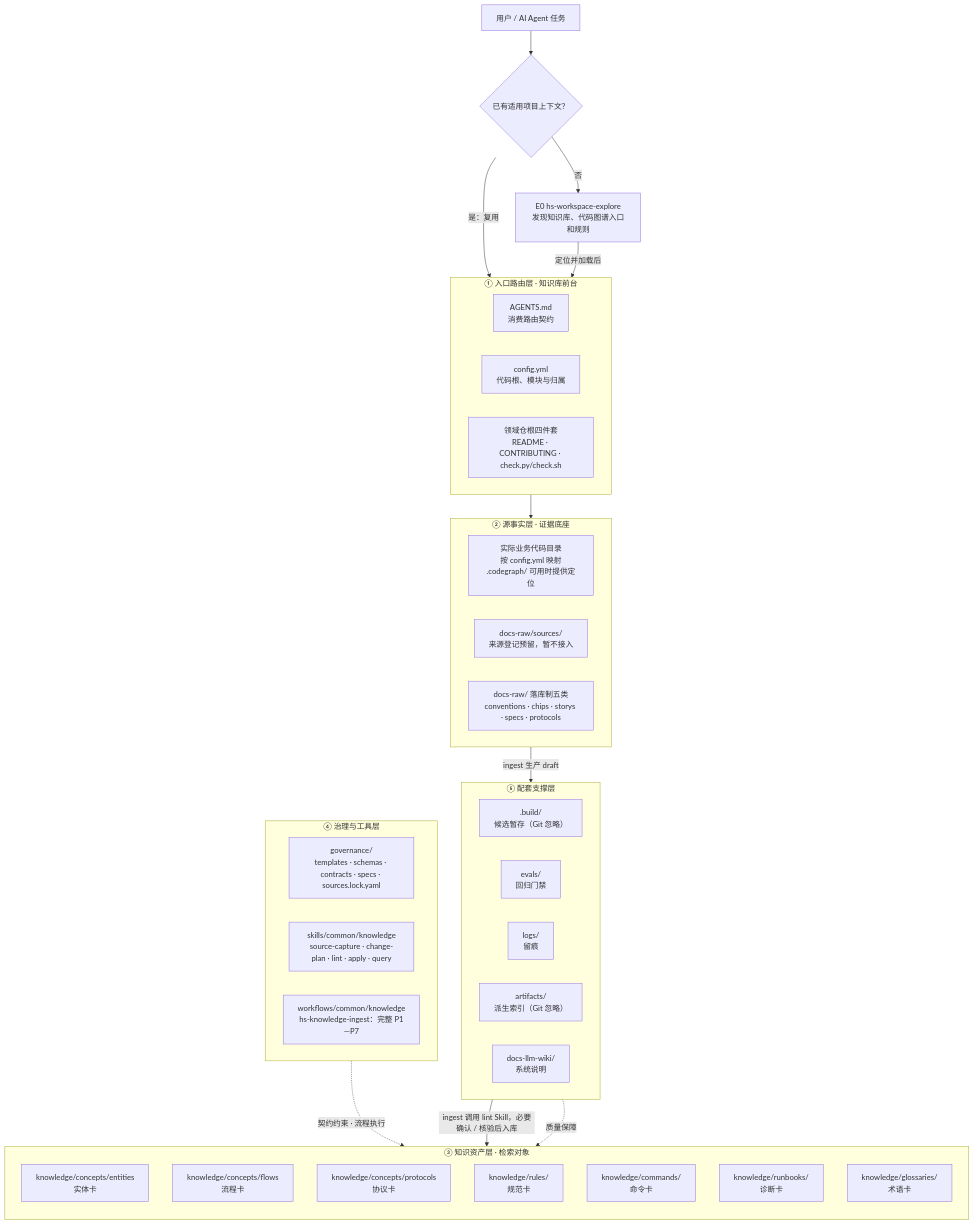
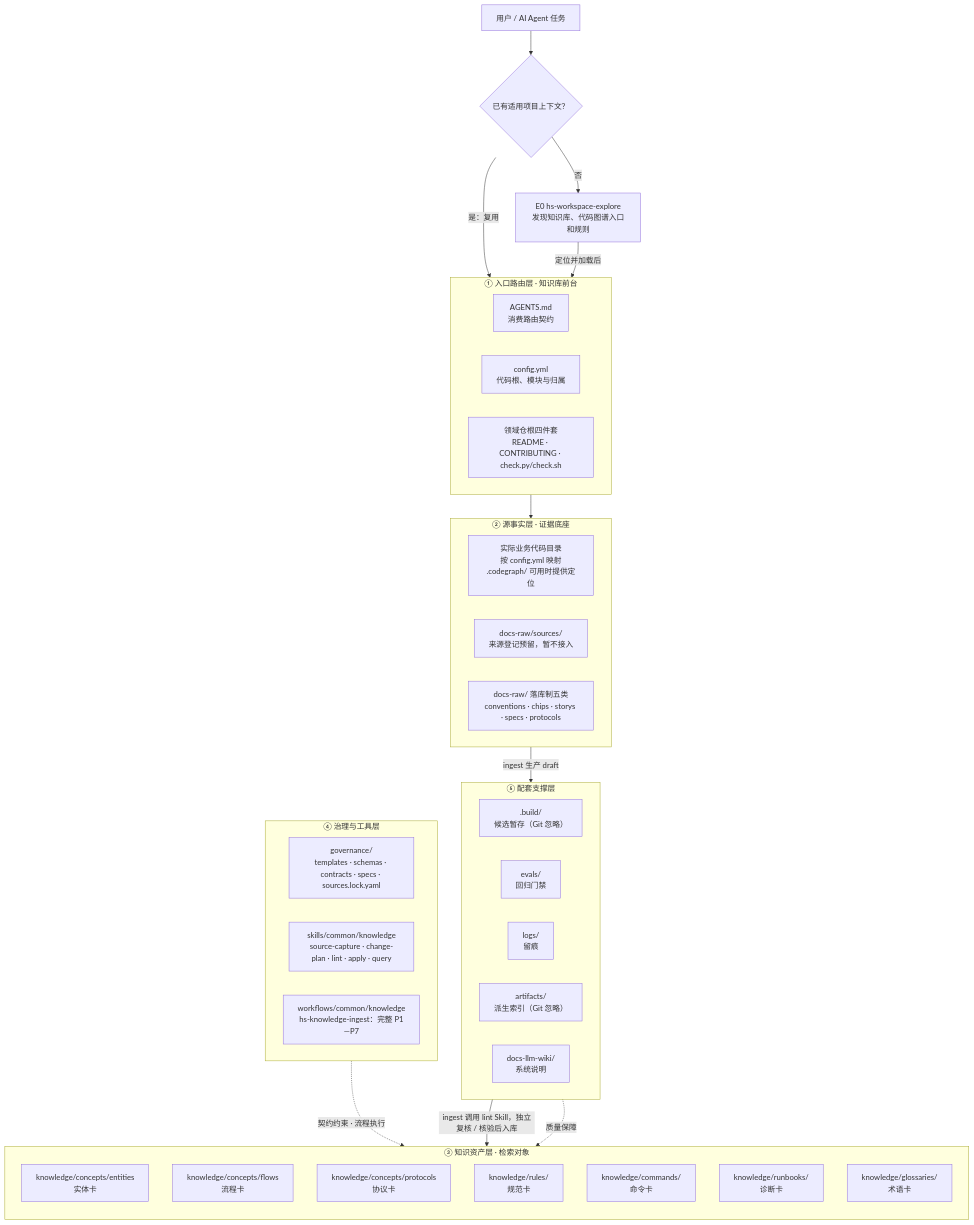
One commit to Robin-hhc/FactumCore changed the first of 7 diagrams in aiotbot-knowledge-wifi-mp/docs-llm-wiki/AIoTBot知识库架构设计.md. Above: the diagram before and after it, drawn with Mermaid. The commit also changed other lines of this file and 115 other files, not shown here.

````diff
--- a/aiotbot-knowledge-wifi-mp/docs-llm-wiki/AIoTBot知识库架构设计.md
+++ b/aiotbot-knowledge-wifi-mp/docs-llm-wiki/AIoTBot知识库架构设计.md
@@ -125,57 +123,57 @@
 ```mermaid
 flowchart TB
     U["用户 / AI Agent 任务"]
     C0{"已有适用项目上下文？"}
     E0["E0 hs-workspace-explore<br />发现知识库、代码图谱入口和规则"]
 
     subgraph S1["① 入口路由层 · 知识库前台"]
         direction LR
         A2["AGENTS.md<br />消费路由契约"]
         A3["config.yml<br />代码根、模块与归属"]
         A4["领域仓根四件套<br />README · CONTRIBUTING · check.py/check.sh"]
     end
 
     subgraph S2["② 源事实层 · 证据底座"]
         direction LR
         B1["实际业务代码目录<br />按 config.yml 映射<br />.codegraph/ 可用时提供定位"]
         B2["docs-raw/sources/<br />来源登记预留，暂不接入"]
         B3["docs-raw/ 落库制五类<br />conventions · chips · storys · specs · protocols"]
     end
 
     subgraph S3["③ 知识资产层 · 检索对象"]
         direction TB
         C1["knowledge/concepts/entities<br />实体卡"]
         C2["knowledge/concepts/flows<br />流程卡"]
         C3["knowledge/concepts/protocols<br />协议卡"]
         C4["knowledge/rules/<br />规范卡"]
         C5["knowledge/commands/<br />命令卡"]
         C6["knowledge/runbooks/<br />诊断卡"]
         C7["knowledge/glossaries/<br />术语卡"]
     end
 
     subgraph S4["④ 治理与工具层"]
         direction LR
         D1["governance/<br />templates · schemas · contracts · specs · sources.lock.yaml"]
         D2["skills/common/knowledge<br />source-capture · change-plan · lint · apply · query"]
         D3["workflows/common/knowledge<br />hs-knowledge-ingest：完整 P1—P7"]
     end
 
     subgraph S5["⑤ 配套支撑层"]
         direction LR
         E1[".build/<br />候选暂存（Git 忽略）"]
         E2["evals/<br />回归门禁"]
         E3["logs/<br />留痕"]
         E4["artifacts/<br />派生索引（Git 忽略）"]
         E5["docs-llm-wiki/<br />系统说明"]
     end
 
     U --> C0
     C0 -->|"是：复用"| S1
     C0 -->|"否"| E0
     E0 -->|"定位并加载后"| S1
     S1 --> S2
     S2 -->|"ingest 生产 draft"| E1
-    E1 -->|"ingest 调用 lint Skill，必要确认 / 核验后入库"| S3
+    E1 -->|"ingest 调用 lint Skill，独立复核 / 核验后入库"| S3
     S4 -.->|"契约约束 · 流程执行"| S3
     S5 -.->|"质量保障"| S3
 ```
````
